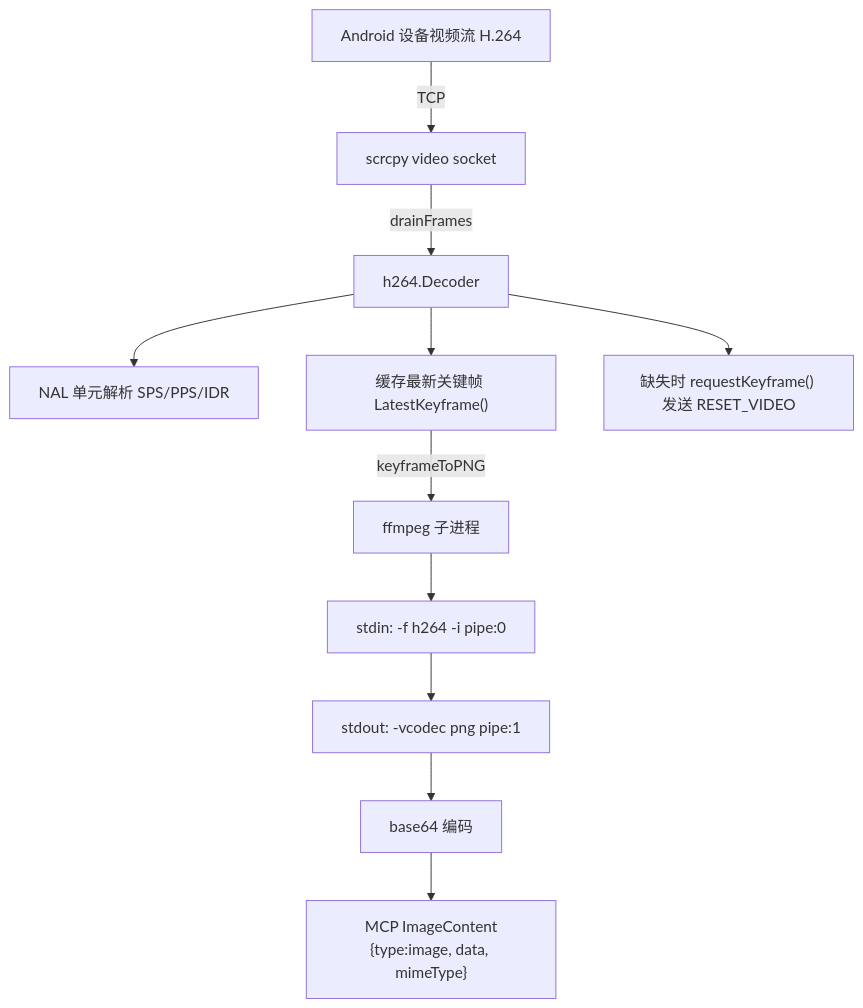
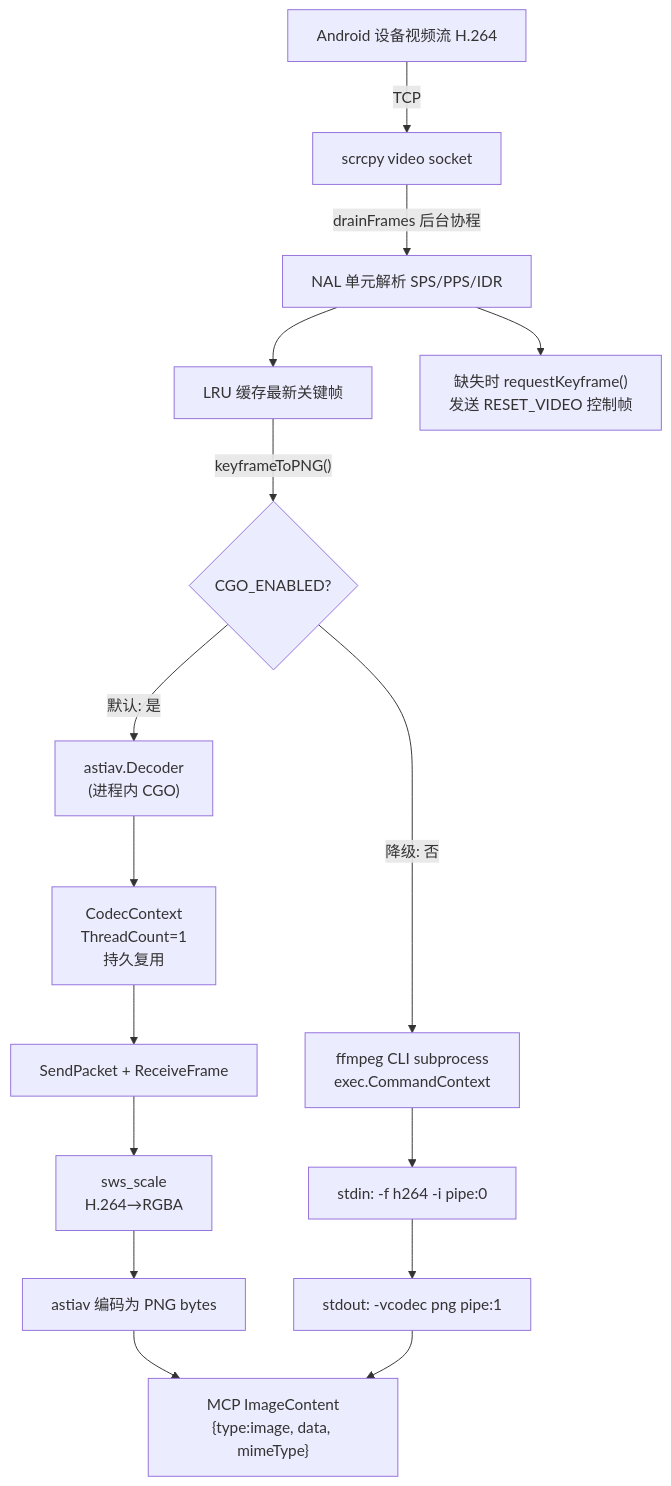
The seventh of 10 diagrams in _tabs/phonefast.md (gezihua123/gezihua123.github.io), drawn with Mermaid before and after one commit. The commit also changed other lines of this file, not shown here.

First line of the commit message:
docs: update benchmark data and decoder architecture for v1.0.11

````diff
--- a/_tabs/phonefast.md
+++ b/_tabs/phonefast.md
@@ -233,15 +238,21 @@
 ```mermaid
 flowchart TD
     DEVICE["Android 设备视频流 H.264"] -->|TCP| SOCKET["scrcpy video socket"]
-    SOCKET -->|drainFrames| DECODER["h264.Decoder"]
+    SOCKET -->|drainFrames 后台协程| NAL["NAL 单元解析 SPS/PPS/IDR"]
+    NAL --> CACHE["LRU 缓存最新关键帧"]
+    NAL --> REQ["缺失时 requestKeyframe()\n发送 RESET_VIDEO 控制帧"]
 
-    DECODER --> NAL["NAL 单元解析 SPS/PPS/IDR"]
-    DECODER --> CACHE["缓存最新关键帧 LatestKeyframe()"]
-    DECODER --> REQ["缺失时 requestKeyframe() 发送 RESET_VIDEO"]
+    CACHE -->|"keyframeToPNG()"| CHOICE{"CGO_ENABLED?"}
 
-    CACHE -->|keyframeToPNG| FFMPEG["ffmpeg 子进程"]
-    FFMPEG --> FF_IN["stdin: -f h264 -i pipe:0"]
-    FF_IN --> FF_OUT["stdout: -vcodec png pipe:1"]
-    FF_OUT --> B64["base64 编码"]
-    B64 --> MC["MCP ImageContent<br/>{type:image, data, mimeType}"]
+    CHOICE -->|"默认: 是"| ASTIAV["astiav.Decoder\n(进程内 CGO)"]
+    ASTIAV --> CTX["CodecContext\nThreadCount=1\n持久复用"]
+    CTX --> DEC["SendPacket + ReceiveFrame"]
+    DEC --> SWSCALE["sws_scale\nH.264→RGBA"]
+    SWSCALE --> ENC["astiav 编码为 PNG bytes"]
+    ENC --> MC["MCP ImageContent\n{type:image, data, mimeType}"]
+
+    CHOICE -->|"降级: 否"| FFMPEG_CLI["ffmpeg CLI subprocess\nexec.CommandContext"]
+    FFMPEG_CLI --> STDIN["stdin: -f h264 -i pipe:0"]
+    STDIN --> STDOUT["stdout: -vcodec png pipe:1"]
+    STDOUT --> MC
 ```
````
